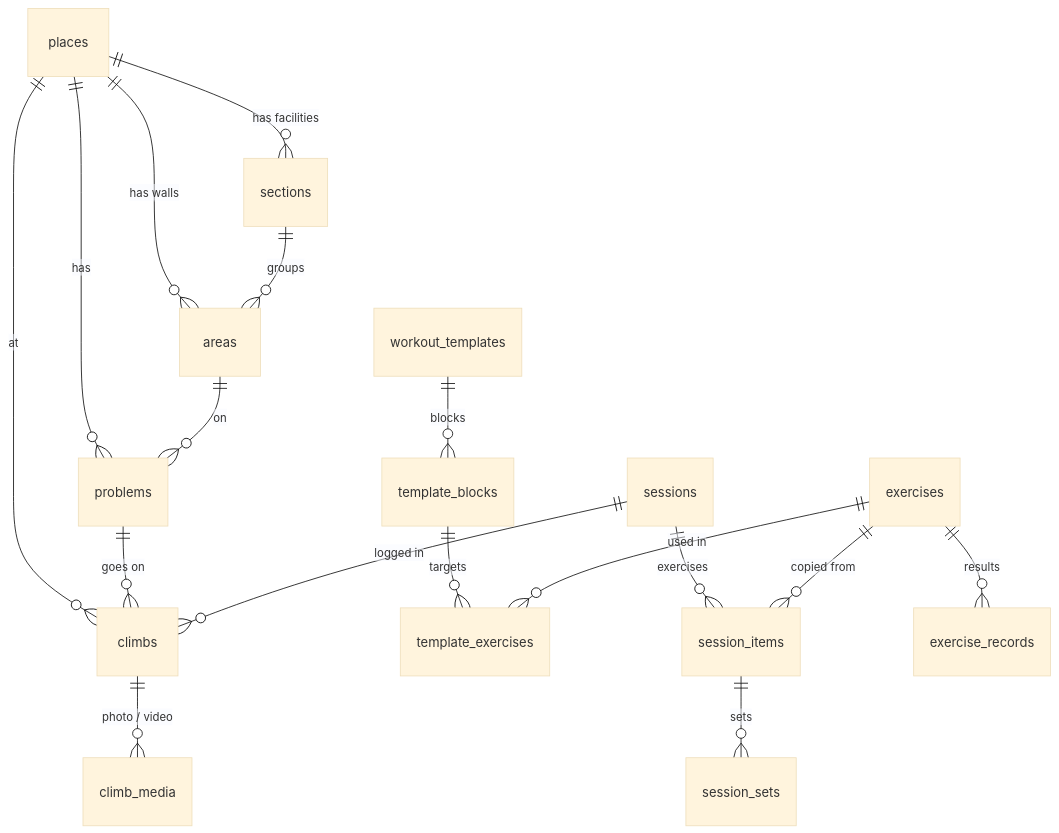
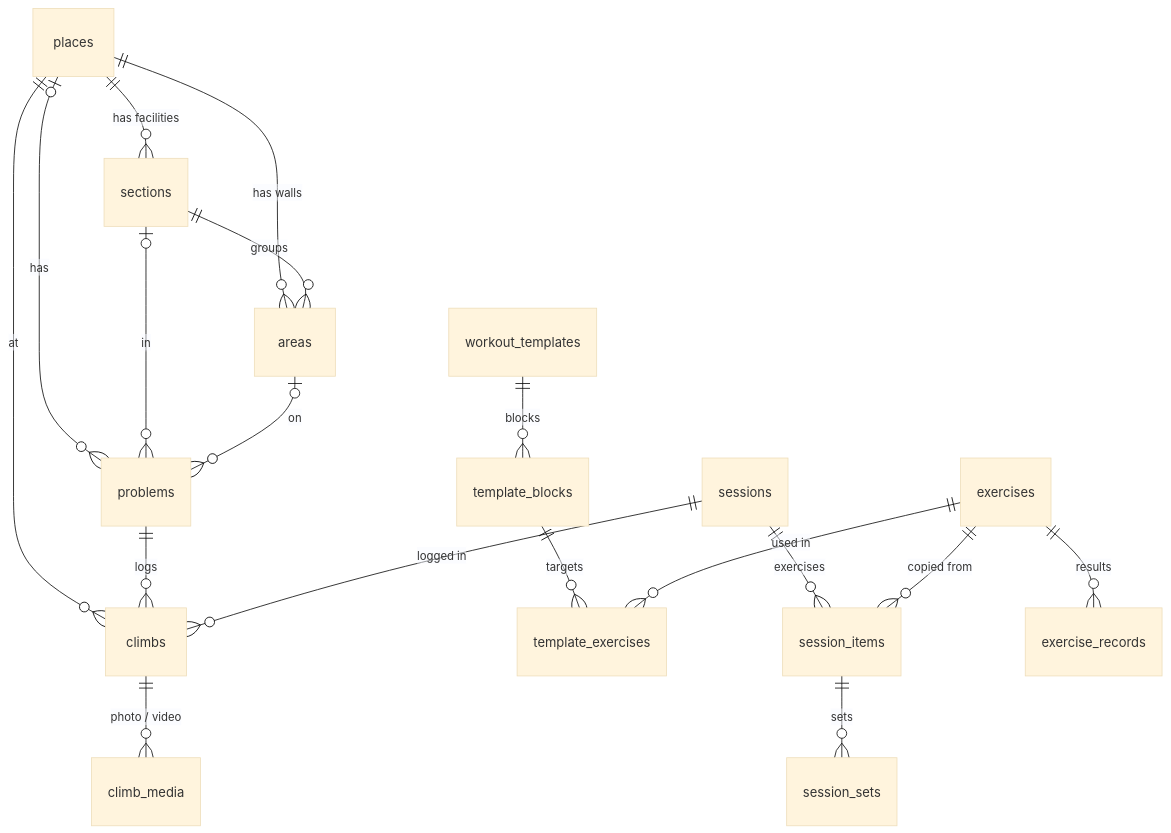
One commit to hardtekpt/crux changed the diagram in docs/developer/data-model.md. Above: the diagram before and after it, drawn with Mermaid (base theme). The commit also changed other lines of this file and 54 other files, not shown here.

````diff
--- a/docs/developer/data-model.md
+++ b/docs/developer/data-model.md
@@ -10,19 +10,20 @@
 ```mermaid
 erDiagram
     places ||--o{ sections : "has facilities"
     places ||--o{ areas : "has walls"
     sections ||--o{ areas : "groups"
-    places ||--o{ problems : "has"
-    areas ||--o{ problems : "on"
+    places |o--o{ problems : "has"
+    sections |o--o{ problems : "in"
+    areas |o--o{ problems : "on"
     places ||--o{ climbs : "at"
-    problems ||--o{ climbs : "goes on"
+    problems ||--o{ climbs : "logs"
     climbs ||--o{ climb_media : "photo / video"
     sessions ||--o{ climbs : "logged in"
     workout_templates ||--o{ template_blocks : "blocks"
     template_blocks ||--o{ template_exercises : "targets"
     exercises ||--o{ template_exercises : "used in"
     sessions ||--o{ session_items : "exercises"
     session_items ||--o{ session_sets : "sets"
     exercises ||--o{ session_items : "copied from"
     exercises ||--o{ exercise_records : "results"
 ```
````
